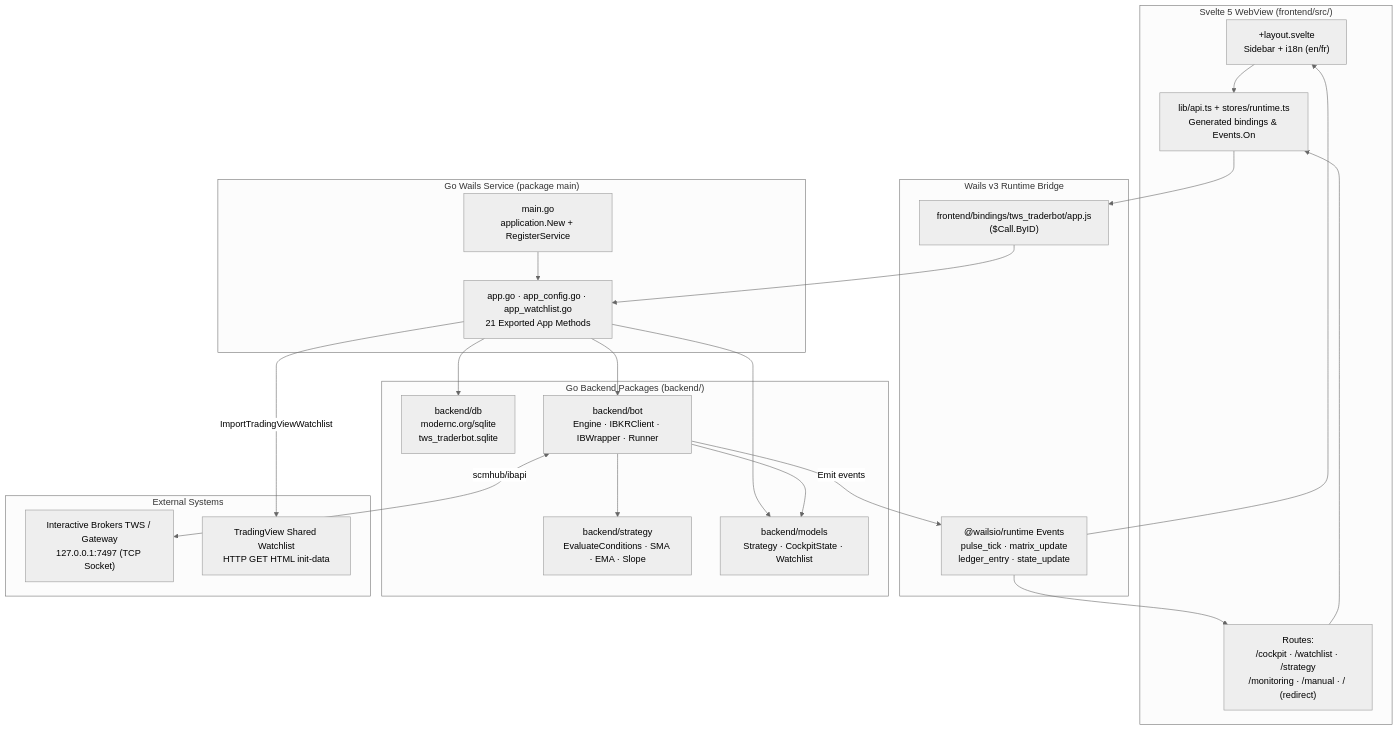
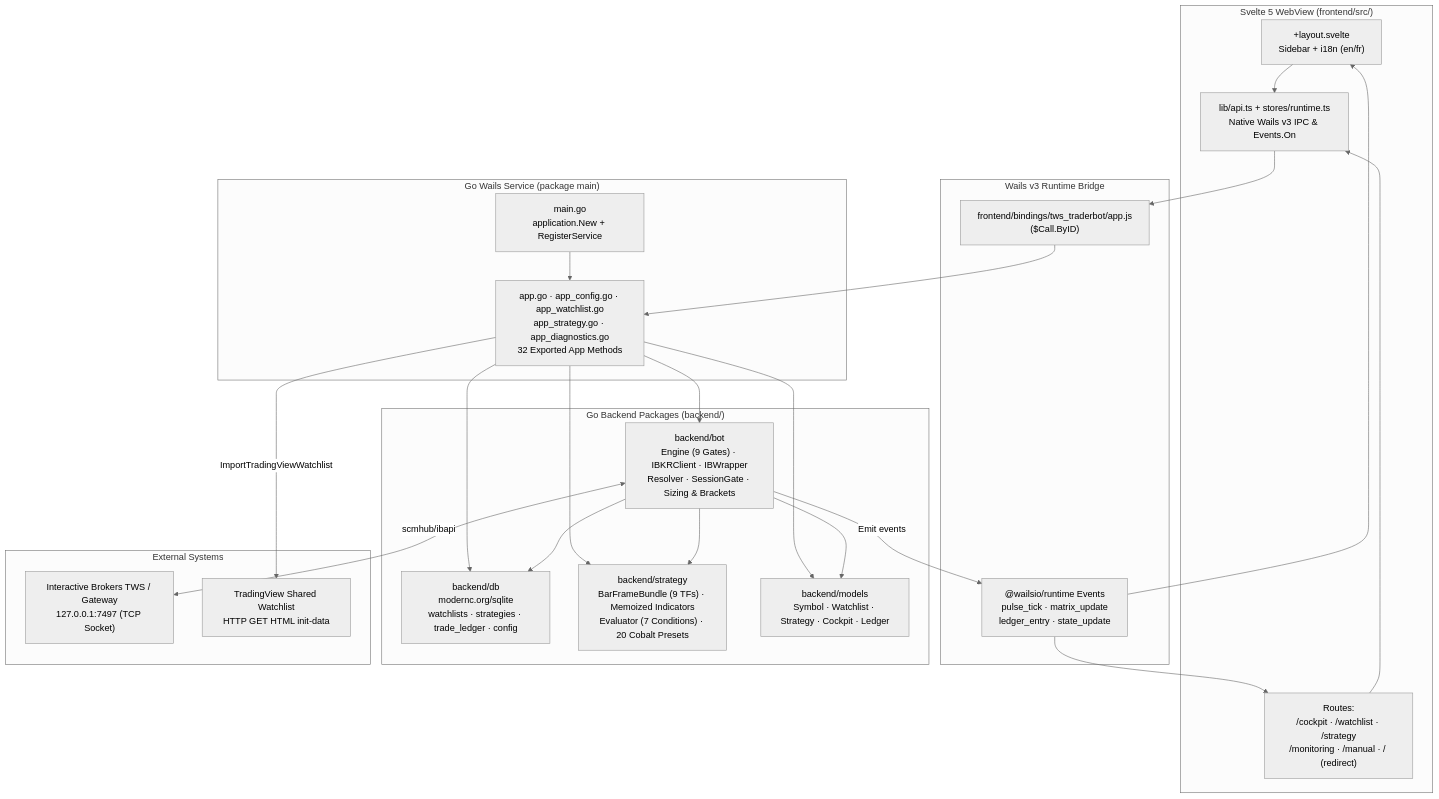
The first of 2 diagrams in okf/02_present_state/system_architecture.md (Boostao/tws_tradingbot), drawn with Mermaid (neutral theme) before and after one commit. The commit also changed other lines of this file and 94 other files, not shown here.

First line of the commit message:
feat: complete Cobalt F1 Cockpit transformation, OKF curation, and live IBKR paper gate

````diff
--- a/okf/02_present_state/system_architecture.md
+++ b/okf/02_present_state/system_architecture.md
@@ -12,46 +12,48 @@
 ```mermaid
 flowchart TB
     subgraph UI["Svelte 5 WebView (frontend/src/)"]
         Layout["+layout.svelte<br/>Sidebar + i18n (en/fr)"]
         Routes["Routes:<br/>/cockpit · /watchlist · /strategy<br/>/monitoring · /manual · / (redirect)"]
-        ApiTS["lib/api.ts + stores/runtime.ts<br/>Generated bindings &amp; Events.On"]
+        ApiTS["lib/api.ts + stores/runtime.ts<br/>Native Wails v3 IPC &amp; Events.On"]
     end
 
     subgraph IPC["Wails v3 Runtime Bridge"]
         Bindings["frontend/bindings/tws_traderbot/app.js<br/>($Call.ByID)"]
         Events["@wailsio/runtime Events<br/>pulse_tick · matrix_update<br/>ledger_entry · state_update"]
     end
 
     subgraph AppSvc["Go Wails Service (package main)"]
         Main["main.go<br/>application.New + RegisterService"]
-        AppCore["app.go · app_config.go · app_watchlist.go<br/>21 Exported App Methods"]
+        AppCore["app.go · app_config.go · app_watchlist.go<br/>app_strategy.go · app_diagnostics.go<br/>32 Exported App Methods"]
     end
 
     subgraph Backend["Go Backend Packages (backend/)"]
-        DB["backend/db<br/>modernc.org/sqlite<br/>tws_traderbot.sqlite"]
-        Bot["backend/bot<br/>Engine · IBKRClient · IBWrapper · Runner"]
-        Strat["backend/strategy<br/>EvaluateConditions · SMA · EMA · Slope"]
-        Models["backend/models<br/>Strategy · CockpitState · Watchlist"]
+        DB["backend/db<br/>modernc.org/sqlite<br/>watchlists · strategies · trade_ledger · config"]
+        Bot["backend/bot<br/>Engine (9 Gates) · IBKRClient · IBWrapper<br/>Resolver · SessionGate · Sizing &amp; Brackets"]
+        Strat["backend/strategy<br/>BarFrameBundle (9 TFs) · Memoized Indicators<br/>Evaluator (7 Conditions) · 20 Cobalt Presets"]
+        Models["backend/models<br/>Symbol · Watchlist · Strategy · Cockpit · Ledger"]
     end
 
     subgraph External["External Systems"]
         TWS["Interactive Brokers TWS / Gateway<br/>127.0.0.1:7497 (TCP Socket)"]
         TV["TradingView Shared Watchlist<br/>HTTP GET HTML init-data"]
     end
 
     Routes --> ApiTS
     Layout --> ApiTS
     ApiTS --> Bindings
     Events --> Routes
     Events --> Layout
     Bindings --> AppCore
     Main --> AppCore
     AppCore --> DB
     AppCore --> Bot
+    AppCore --> Strat
     AppCore --> Models
     AppCore -->|"ImportTradingViewWatchlist"| TV
     Bot --> Strat
     Bot --> Models
+    Bot --> DB
     Bot -->|"Emit events"| Events
     Bot <-->|"scmhub/ibapi"| TWS
 ```
````
